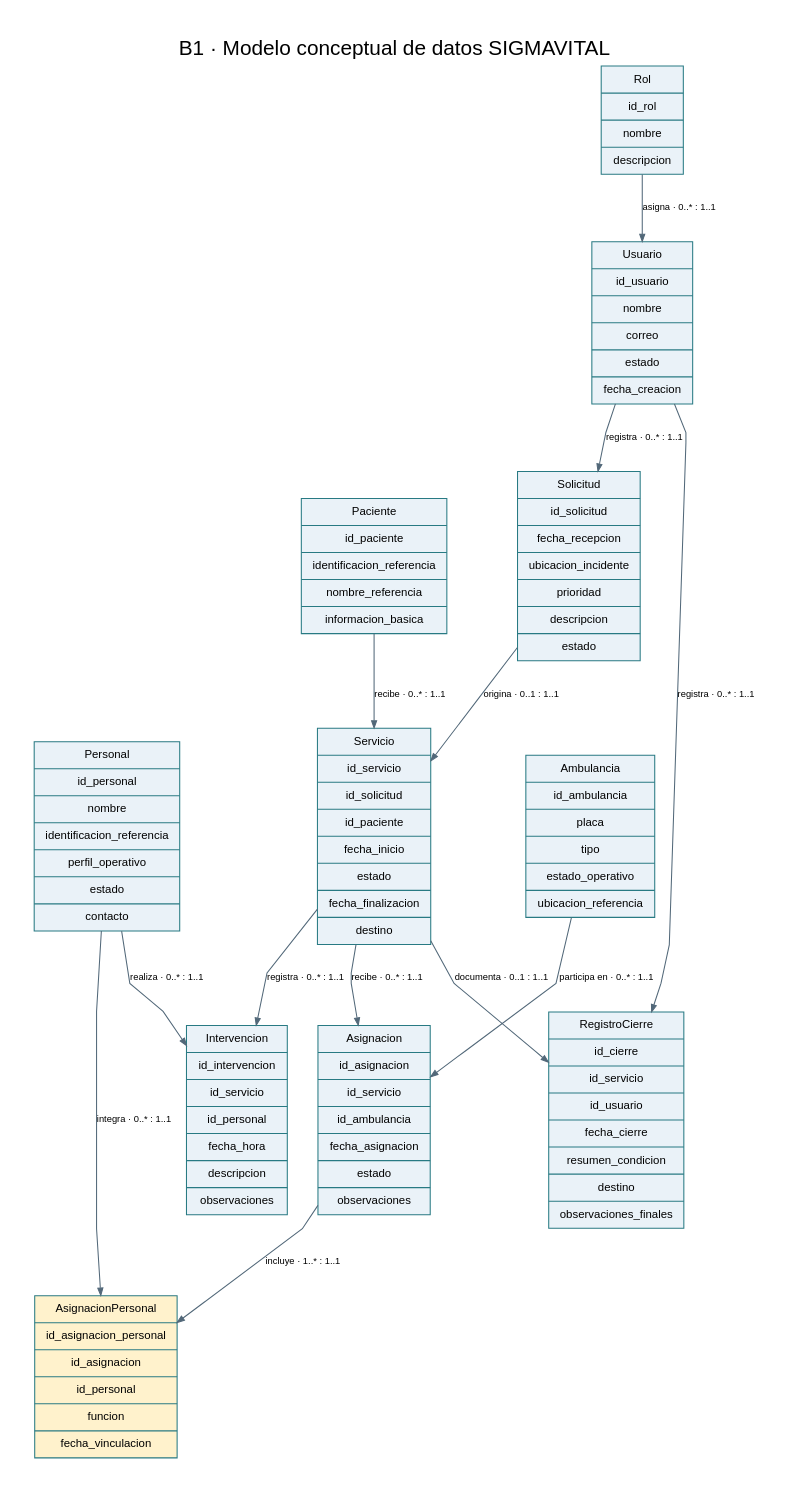
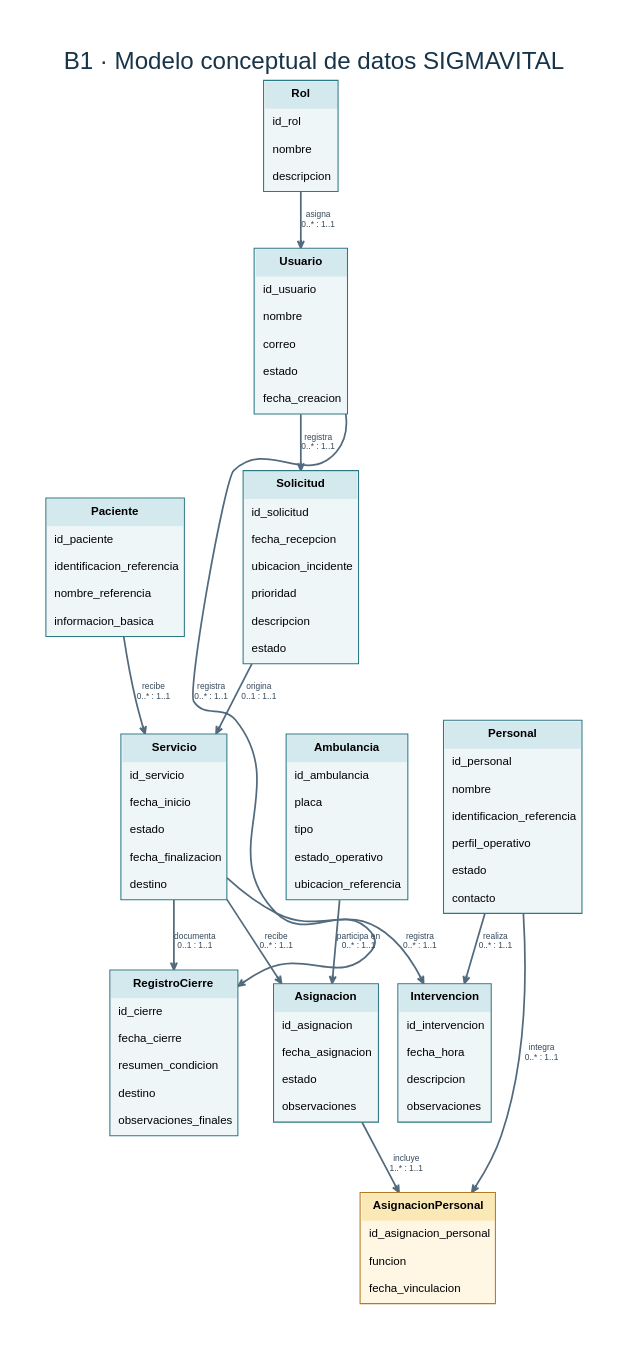
Before and after one commit to miguel18100/ADSO-3413974: the diagram in 02-training-project/01-phase/02-planning/06-architecture/04-evidence-learning/G2-P2-diseño-datos/B1-Diagrama-Conceptual.dot, drawn with Graphviz. The commit also changed 21 other files, not shown here.

Commit message:
fix(G2-P2): corregir diagramas conceptual y relacional

```diff
--- a/02-training-project/01-phase/02-planning/06-architecture/04-evidence-learning/G2-P2-diseño-datos/B1-Diagrama-Conceptual.dot
+++ b/02-training-project/01-phase/02-planning/06-architecture/04-evidence-learning/G2-P2-diseño-datos/B1-Diagrama-Conceptual.dot
@@ -1,28 +1,28 @@
 digraph B1 {
- graph [rankdir=TB, splines=polyline, overlap=false, nodesep=0.40, ranksep=0.75, bgcolor="white", pad=0.35, labelloc=t, label="B1 · Modelo conceptual de datos SIGMAVITAL", fontsize=20, fontname="Arial"];
- node [shape=record, style="filled", fillcolor="#EAF2F8", color="#287A83", fontname="Arial", fontsize=11, margin="0.16,0.10"];
- edge [color="#526879", fontname="Arial", fontsize=9, arrowsize=0.7];
- Rol [label="{Rol|id_rol|nombre|descripcion}"];
- Usuario [label="{Usuario|id_usuario|nombre|correo|estado|fecha_creacion}"];
- Solicitud [label="{Solicitud|id_solicitud|fecha_recepcion|ubicacion_incidente|prioridad|descripcion|estado}"];
- Servicio [label="{Servicio|id_servicio|id_solicitud|id_paciente|fecha_inicio|estado|fecha_finalizacion|destino}"];
- Paciente [label="{Paciente|id_paciente|identificacion_referencia|nombre_referencia|informacion_basica}"];
- Ambulancia [label="{Ambulancia|id_ambulancia|placa|tipo|estado_operativo|ubicacion_referencia}"];
- Personal [label="{Personal|id_personal|nombre|identificacion_referencia|perfil_operativo|estado|contacto}"];
- Asignacion [label="{Asignacion|id_asignacion|id_servicio|id_ambulancia|fecha_asignacion|estado|observaciones}"];
- AsignacionPersonal [label="{AsignacionPersonal|id_asignacion_personal|id_asignacion|id_personal|funcion|fecha_vinculacion}",fillcolor="#FFF2CC"];
- Intervencion [label="{Intervencion|id_intervencion|id_servicio|id_personal|fecha_hora|descripcion|observaciones}"];
- RegistroCierre [label="{RegistroCierre|id_cierre|id_servicio|id_usuario|fecha_cierre|resumen_condicion|destino|observaciones_finales}"];
- Rol -> Usuario [label="asigna · 0..* : 1..1"];
- Usuario -> Solicitud [label="registra · 0..* : 1..1"];
- Solicitud -> Servicio [label="origina · 0..1 : 1..1"];
- Paciente -> Servicio [label="recibe · 0..* : 1..1"];
- Servicio -> Asignacion [label="recibe · 0..* : 1..1"];
- Ambulancia -> Asignacion [label="participa en · 0..* : 1..1"];
- Asignacion -> AsignacionPersonal [label="incluye · 1..* : 1..1"];
- Personal -> AsignacionPersonal [label="integra · 0..* : 1..1"];
- Servicio -> Intervencion [label="registra · 0..* : 1..1"];
- Personal -> Intervencion [label="realiza · 0..* : 1..1"];
- Servicio -> RegistroCierre [label="documenta · 0..1 : 1..1"];
- Usuario -> RegistroCierre [label="registra · 0..* : 1..1"];
+ graph [splines=true, overlap=false, sep=0.75, K=1.05, pad=0.5, margin=0.15, bgcolor="white", outputorder=edgesfirst, fontname="Arial", labelloc=t, labeljust=c, fontsize=23, label="B1 · Modelo conceptual de datos SIGMAVITAL", fontcolor="#173449"];
+ node [shape=plain, fontname="Arial", fontsize=11];
+ edge [color="#526A7D", penwidth=1.65, arrowsize=0.68, arrowhead=vee, fontname="Arial", fontsize=8, fontcolor="#33485B", labelfontcolor="#33485B", labeldistance=1.65, labelangle=22, decorate=false];
+ Rol [label=<<TABLE BORDER="1" CELLBORDER="0" CELLSPACING="0" CELLPADDING="7" COLOR="#2C7884" BGCOLOR="#EEF6F8"><TR><TD BGCOLOR="#D4E9EE"><B>Rol</B></TD></TR><TR><TD ALIGN="LEFT">id_rol</TD></TR><TR><TD ALIGN="LEFT">nombre</TD></TR><TR><TD ALIGN="LEFT">descripcion</TD></TR></TABLE>>];
+ Usuario [label=<<TABLE BORDER="1" CELLBORDER="0" CELLSPACING="0" CELLPADDING="7" COLOR="#2C7884" BGCOLOR="#EEF6F8"><TR><TD BGCOLOR="#D4E9EE"><B>Usuario</B></TD></TR><TR><TD ALIGN="LEFT">id_usuario</TD></TR><TR><TD ALIGN="LEFT">nombre</TD></TR><TR><TD ALIGN="LEFT">correo</TD></TR><TR><TD ALIGN="LEFT">estado</TD></TR><TR><TD ALIGN="LEFT">fecha_creacion</TD></TR></TABLE>>];
+ Solicitud [label=<<TABLE BORDER="1" CELLBORDER="0" CELLSPACING="0" CELLPADDING="7" COLOR="#2C7884" BGCOLOR="#EEF6F8"><TR><TD BGCOLOR="#D4E9EE"><B>Solicitud</B></TD></TR><TR><TD ALIGN="LEFT">id_solicitud</TD></TR><TR><TD ALIGN="LEFT">fecha_recepcion</TD></TR><TR><TD ALIGN="LEFT">ubicacion_incidente</TD></TR><TR><TD ALIGN="LEFT">prioridad</TD></TR><TR><TD ALIGN="LEFT">descripcion</TD></TR><TR><TD ALIGN="LEFT">estado</TD></TR></TABLE>>];
+ Servicio [label=<<TABLE BORDER="1" CELLBORDER="0" CELLSPACING="0" CELLPADDING="7" COLOR="#2C7884" BGCOLOR="#EEF6F8"><TR><TD BGCOLOR="#D4E9EE"><B>Servicio</B></TD></TR><TR><TD ALIGN="LEFT">id_servicio</TD></TR><TR><TD ALIGN="LEFT">fecha_inicio</TD></TR><TR><TD ALIGN="LEFT">estado</TD></TR><TR><TD ALIGN="LEFT">fecha_finalizacion</TD></TR><TR><TD ALIGN="LEFT">destino</TD></TR></TABLE>>];
+ Paciente [label=<<TABLE BORDER="1" CELLBORDER="0" CELLSPACING="0" CELLPADDING="7" COLOR="#2C7884" BGCOLOR="#EEF6F8"><TR><TD BGCOLOR="#D4E9EE"><B>Paciente</B></TD></TR><TR><TD ALIGN="LEFT">id_paciente</TD></TR><TR><TD ALIGN="LEFT">identificacion_referencia</TD></TR><TR><TD ALIGN="LEFT">nombre_referencia</TD></TR><TR><TD ALIGN="LEFT">informacion_basica</TD></TR></TABLE>>];
+ RegistroCierre [label=<<TABLE BORDER="1" CELLBORDER="0" CELLSPACING="0" CELLPADDING="7" COLOR="#2C7884" BGCOLOR="#EEF6F8"><TR><TD BGCOLOR="#D4E9EE"><B>RegistroCierre</B></TD></TR><TR><TD ALIGN="LEFT">id_cierre</TD></TR><TR><TD ALIGN="LEFT">fecha_cierre</TD></TR><TR><TD ALIGN="LEFT">resumen_condicion</TD></TR><TR><TD ALIGN="LEFT">destino</TD></TR><TR><TD ALIGN="LEFT">observaciones_finales</TD></TR></TABLE>>];
+ Ambulancia [label=<<TABLE BORDER="1" CELLBORDER="0" CELLSPACING="0" CELLPADDING="7" COLOR="#2C7884" BGCOLOR="#EEF6F8"><TR><TD BGCOLOR="#D4E9EE"><B>Ambulancia</B></TD></TR><TR><TD ALIGN="LEFT">id_ambulancia</TD></TR><TR><TD ALIGN="LEFT">placa</TD></TR><TR><TD ALIGN="LEFT">tipo</TD></TR><TR><TD ALIGN="LEFT">estado_operativo</TD></TR><TR><TD ALIGN="LEFT">ubicacion_referencia</TD></TR></TABLE>>];
+ Asignacion [label=<<TABLE BORDER="1" CELLBORDER="0" CELLSPACING="0" CELLPADDING="7" COLOR="#2C7884" BGCOLOR="#EEF6F8"><TR><TD BGCOLOR="#D4E9EE"><B>Asignacion</B></TD></TR><TR><TD ALIGN="LEFT">id_asignacion</TD></TR><TR><TD ALIGN="LEFT">fecha_asignacion</TD></TR><TR><TD ALIGN="LEFT">estado</TD></TR><TR><TD ALIGN="LEFT">observaciones</TD></TR></TABLE>>];
+ Personal [label=<<TABLE BORDER="1" CELLBORDER="0" CELLSPACING="0" CELLPADDING="7" COLOR="#2C7884" BGCOLOR="#EEF6F8"><TR><TD BGCOLOR="#D4E9EE"><B>Personal</B></TD></TR><TR><TD ALIGN="LEFT">id_personal</TD></TR><TR><TD ALIGN="LEFT">nombre</TD></TR><TR><TD ALIGN="LEFT">identificacion_referencia</TD></TR><TR><TD ALIGN="LEFT">perfil_operativo</TD></TR><TR><TD ALIGN="LEFT">estado</TD></TR><TR><TD ALIGN="LEFT">contacto</TD></TR></TABLE>>];
+ AsignacionPersonal [label=<<TABLE BORDER="1" CELLBORDER="0" CELLSPACING="0" CELLPADDING="7" COLOR="#B7791F" BGCOLOR="#FFF7E4"><TR><TD BGCOLOR="#FBE8B7"><B>AsignacionPersonal</B></TD></TR><TR><TD ALIGN="LEFT">id_asignacion_personal</TD></TR><TR><TD ALIGN="LEFT">funcion</TD></TR><TR><TD ALIGN="LEFT">fecha_vinculacion</TD></TR></TABLE>>];
+ Intervencion [label=<<TABLE BORDER="1" CELLBORDER="0" CELLSPACING="0" CELLPADDING="7" COLOR="#2C7884" BGCOLOR="#EEF6F8"><TR><TD BGCOLOR="#D4E9EE"><B>Intervencion</B></TD></TR><TR><TD ALIGN="LEFT">id_intervencion</TD></TR><TR><TD ALIGN="LEFT">fecha_hora</TD></TR><TR><TD ALIGN="LEFT">descripcion</TD></TR><TR><TD ALIGN="LEFT">observaciones</TD></TR></TABLE>>];
+ Rol -> Usuario [id="rel1", label="asigna\n0..* : 1..1"];
+ Usuario -> Solicitud [id="rel2", label="registra\n0..* : 1..1"];
+ Solicitud -> Servicio [id="rel3", label="origina\n0..1 : 1..1"];
+ Paciente -> Servicio [id="rel4", label="recibe\n0..* : 1..1"];
+ Servicio -> Asignacion [id="rel5", label="recibe\n0..* : 1..1"];
+ Ambulancia -> Asignacion [id="rel6", label="participa en\n0..* : 1..1"];
+ Asignacion -> AsignacionPersonal [id="rel7", label="incluye\n1..* : 1..1"];
+ Personal -> AsignacionPersonal [id="rel8", label="integra\n0..* : 1..1"];
+ Servicio -> Intervencion [id="rel9", label="registra\n0..* : 1..1"];
+ Personal -> Intervencion [id="rel10", label="realiza\n0..* : 1..1"];
+ Servicio -> RegistroCierre [id="rel11", label="documenta\n0..1 : 1..1"];
+ Usuario -> RegistroCierre [id="rel12", label="registra\n0..* : 1..1", constraint=false, minlen=2];
 }
```
